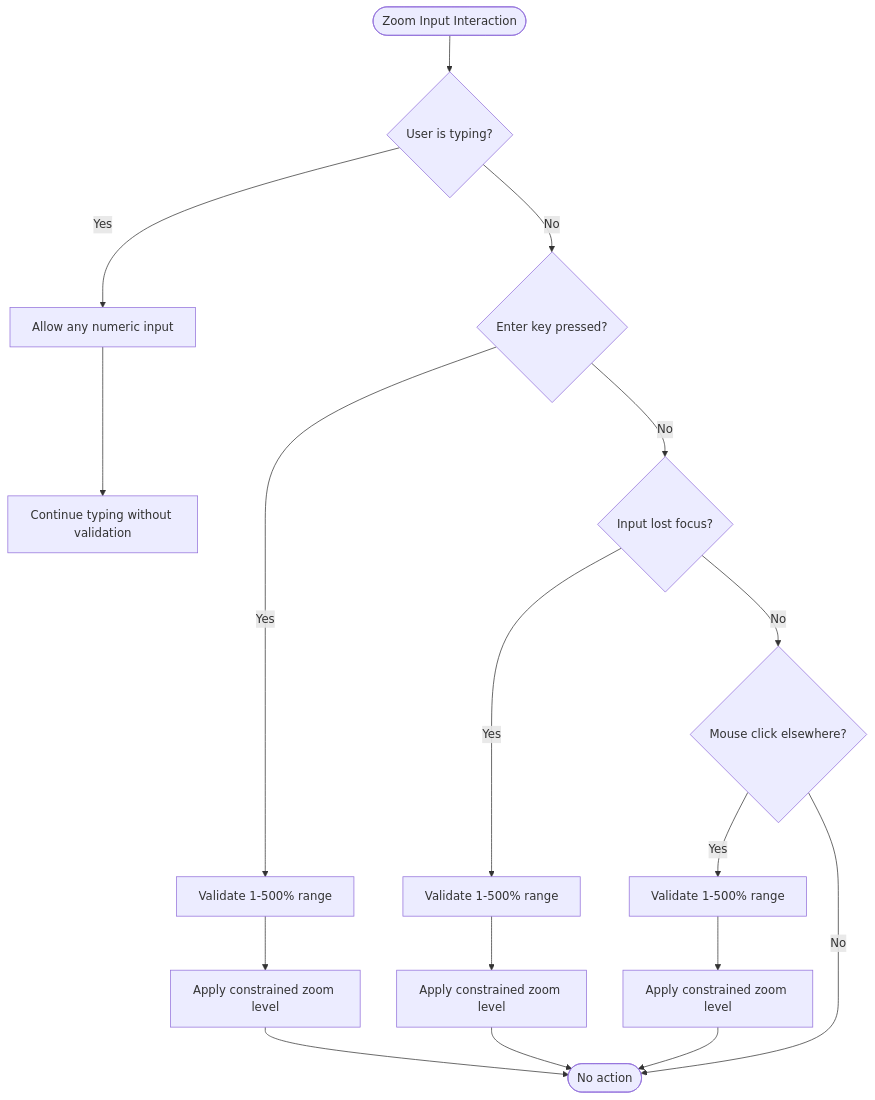
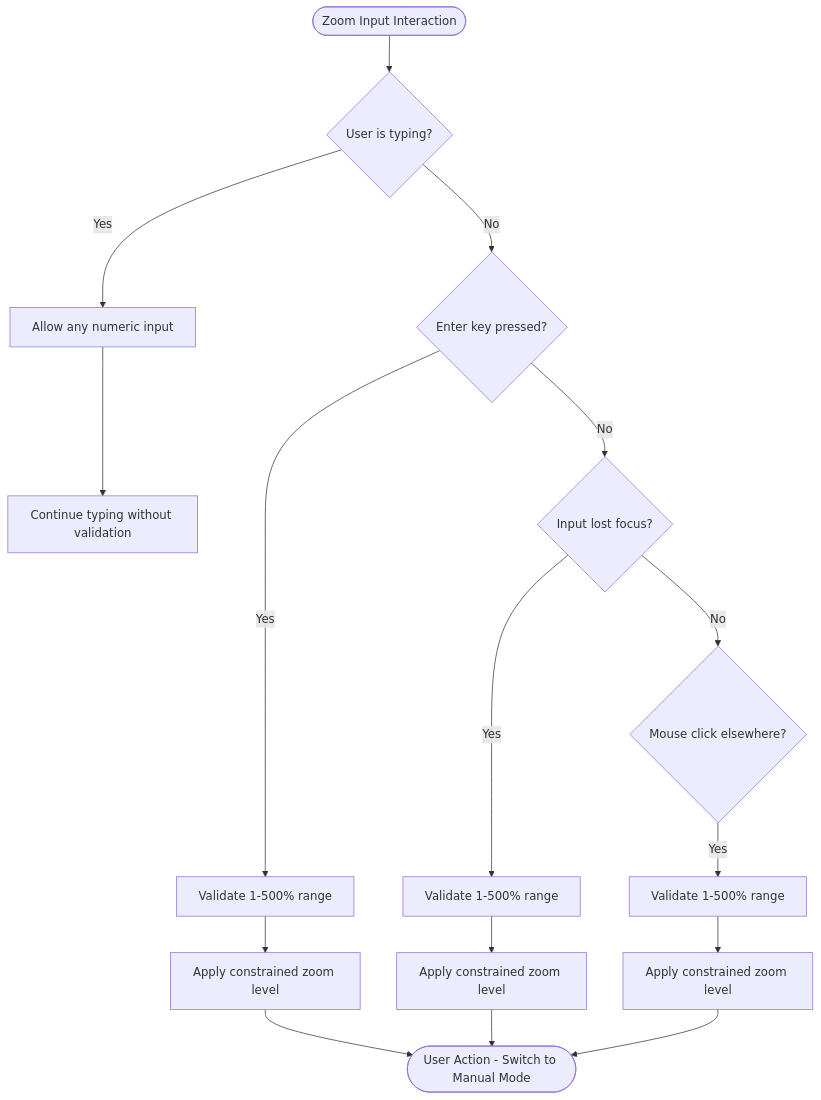
Before and after one commit to Chunde/SciPDFReader: the fourth of 12 diagrams in .qoder/repowiki/en/content/Core Components/PDF Viewer Enhancement.md, drawn with Mermaid. The commit also changed other lines of this file and 3 other files, not shown here.

````diff
--- a/.qoder/repowiki/en/content/Core Components/PDF Viewer Enhancement.md
+++ b/.qoder/repowiki/en/content/Core Components/PDF Viewer Enhancement.md
@@ -266,19 +282,18 @@
 ```mermaid
 flowchart TD
 Start([Zoom Input Interaction]) --> Typing{User is typing?}
 Typing --> |Yes| RealTimeValidation[Allow any numeric input]
 RealTimeValidation --> ContinueTyping[Continue typing without validation]
 Typing --> |No| EnterPressed{Enter key pressed?}
 EnterPressed --> |Yes| ValidateAndConstrain[Validate 1-500% range]
 ValidateAndConstrain --> ApplyZoom[Apply constrained zoom level]
 EnterPressed --> |No| BlurEvent{Input lost focus?}
 BlurEvent --> |Yes| ValidateAndConstrain2[Validate 1-500% range]
 ValidateAndConstrain2 --> ApplyZoom2[Apply constrained zoom level]
 BlurEvent --> |No| MouseClick{Mouse click elsewhere?}
 MouseClick --> |Yes| ValidateAndConstrain3[Validate 1-500% range]
 ValidateAndConstrain3 --> ApplyZoom3[Apply constrained zoom level]
-MouseClick --> |No| End([No action])
-ApplyZoom --> End
+ApplyZoom --> End([User Action - Switch to Manual Mode])
 ApplyZoom2 --> End
 ApplyZoom3 --> End
 ```
````
